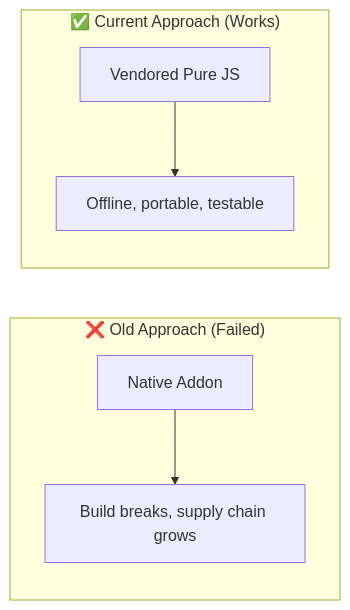
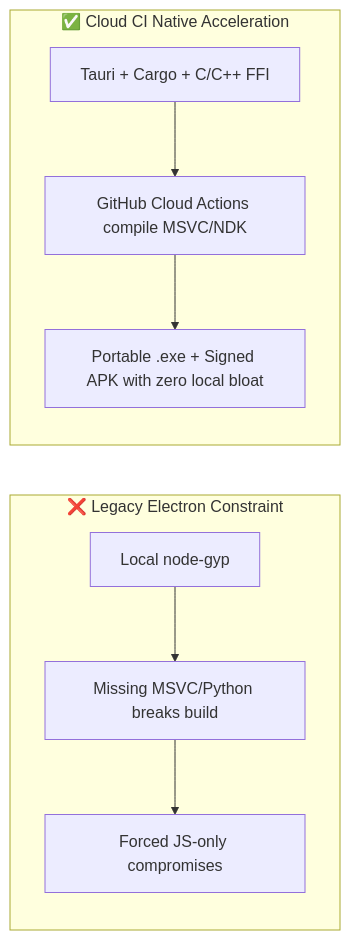
Before and after one commit to Mostakim2005/gaussboard-rust-port: the first of 10 diagrams in docs/DECISIONS_AND_TRAPS.md, drawn with Mermaid. The commit also changed other lines of this file and 8 other files, not shown here.

Commit message:
feat(arch): evolve multi-language native policy, clean old reports, add Argon analysis

````diff
--- a/docs/DECISIONS_AND_TRAPS.md
+++ b/docs/DECISIONS_AND_TRAPS.md
@@ -14,9 +14,11 @@
 ```mermaid
 flowchart LR
-    subgraph Failed["❌ Old Approach (Failed)"]
-        A1[Native Addon] --> A2[Build breaks, supply chain grows]
+    subgraph Legacy["❌ Legacy Electron Constraint"]
+        A1[Local node-gyp] --> A2[Missing MSVC/Python breaks build]
+        A2 --> A3[Forced JS-only compromises]
     end
-    subgraph Active["✅ Current Approach (Works)"]
-        B1[Vendored Pure JS] --> B2[Offline, portable, testable]
+    subgraph Active["✅ Cloud CI Native Acceleration"]
+        B1[Tauri + Cargo + C/C++ FFI] --> B2[GitHub Cloud Actions compile MSVC/NDK]
+        B2 --> B3[Portable .exe + Signed APK with zero local bloat]
     end
 ```
````
